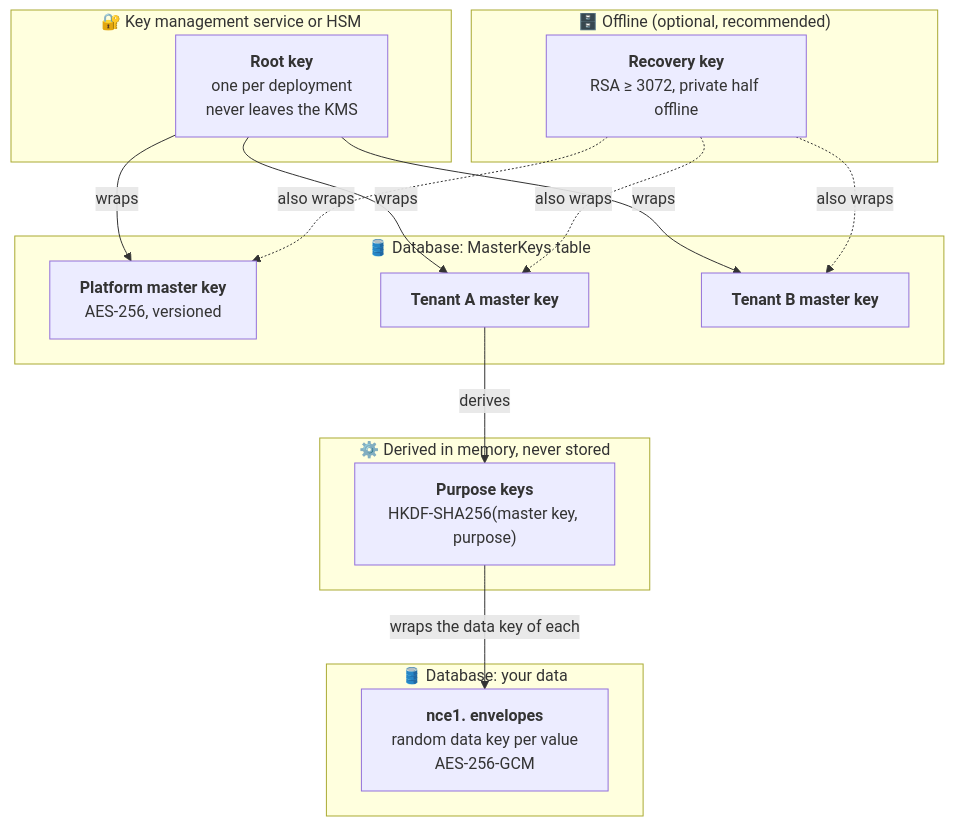
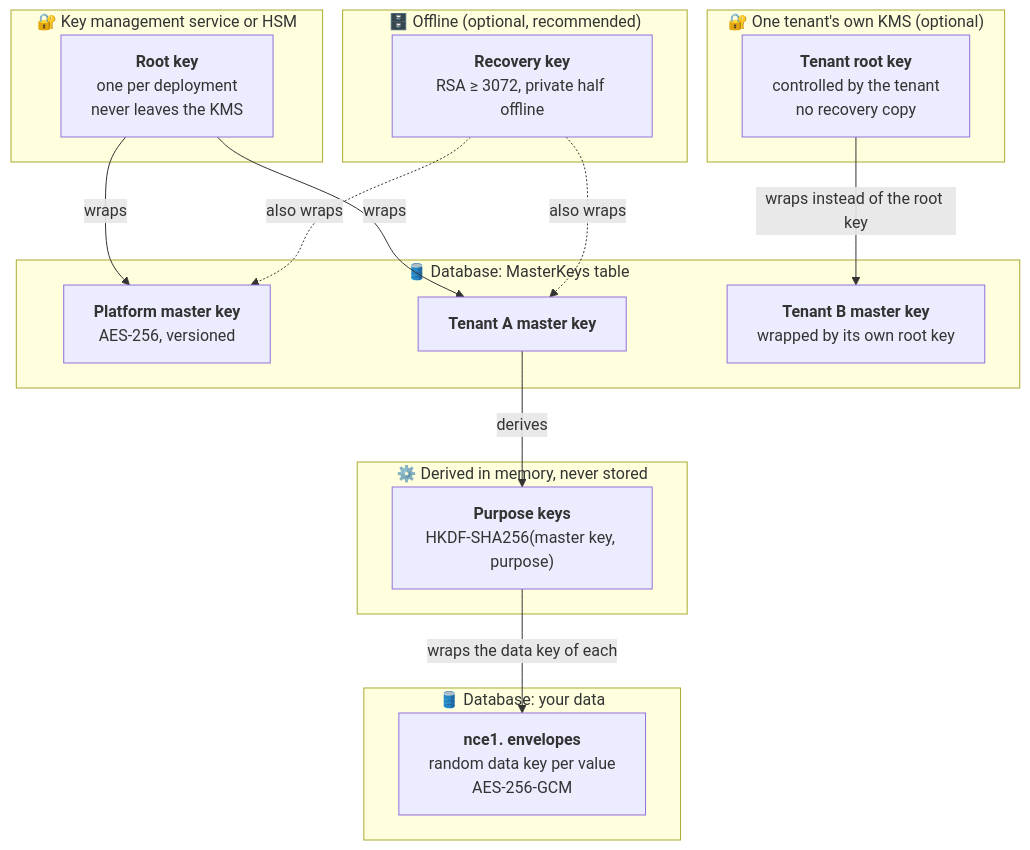
The first of 3 diagrams in docs/capabilities/encryption-at-rest.md (NCodeGroup/Identity), drawn with Mermaid before and after one commit. The commit also changed other lines of this file and 186 other files, not shown here.

````diff
--- a/docs/capabilities/encryption-at-rest.md
+++ b/docs/capabilities/encryption-at-rest.md
@@ -69,25 +71,29 @@
 ```mermaid
 flowchart TB
     subgraph KMS["🔐 Key management service or HSM"]
         ROOT["<b>Root key</b><br/>one per deployment<br/>never leaves the KMS"]
+    end
+    subgraph TKMS["🔐 One tenant's own KMS (optional)"]
+        TROOT["<b>Tenant root key</b><br/>controlled by the tenant<br/>no recovery copy"]
     end
     subgraph OFFLINE["🗄️ Offline (optional, recommended)"]
         REC["<b>Recovery key</b><br/>RSA ≥ 3072, private half offline"]
     end
     subgraph DB["🛢️ Database: MasterKeys table"]
         MKS["<b>Platform master key</b><br/>AES-256, versioned"]
         MKA["<b>Tenant A master key</b>"]
-        MKB["<b>Tenant B master key</b>"]
+        MKB["<b>Tenant B master key</b><br/>wrapped by its own root key"]
     end
     subgraph MEM["⚙️ Derived in memory, never stored"]
         PK["<b>Purpose keys</b><br/>HKDF-SHA256(master key, purpose)"]
     end
     subgraph ROWS["🛢️ Database: your data"]
         ENV["<b>nce1. envelopes</b><br/>random data key per value<br/>AES-256-GCM"]
     end
 
-    ROOT -- "wraps" --> MKS & MKA & MKB
-    REC -. "also wraps" .-> MKS & MKA & MKB
+    ROOT -- "wraps" --> MKS & MKA
+    REC -. "also wraps" .-> MKS & MKA
+    TROOT -- "wraps instead of the root key" --> MKB
     MKA -- "derives" --> PK
     PK -- "wraps the data key of each" --> ENV
 ```
````
